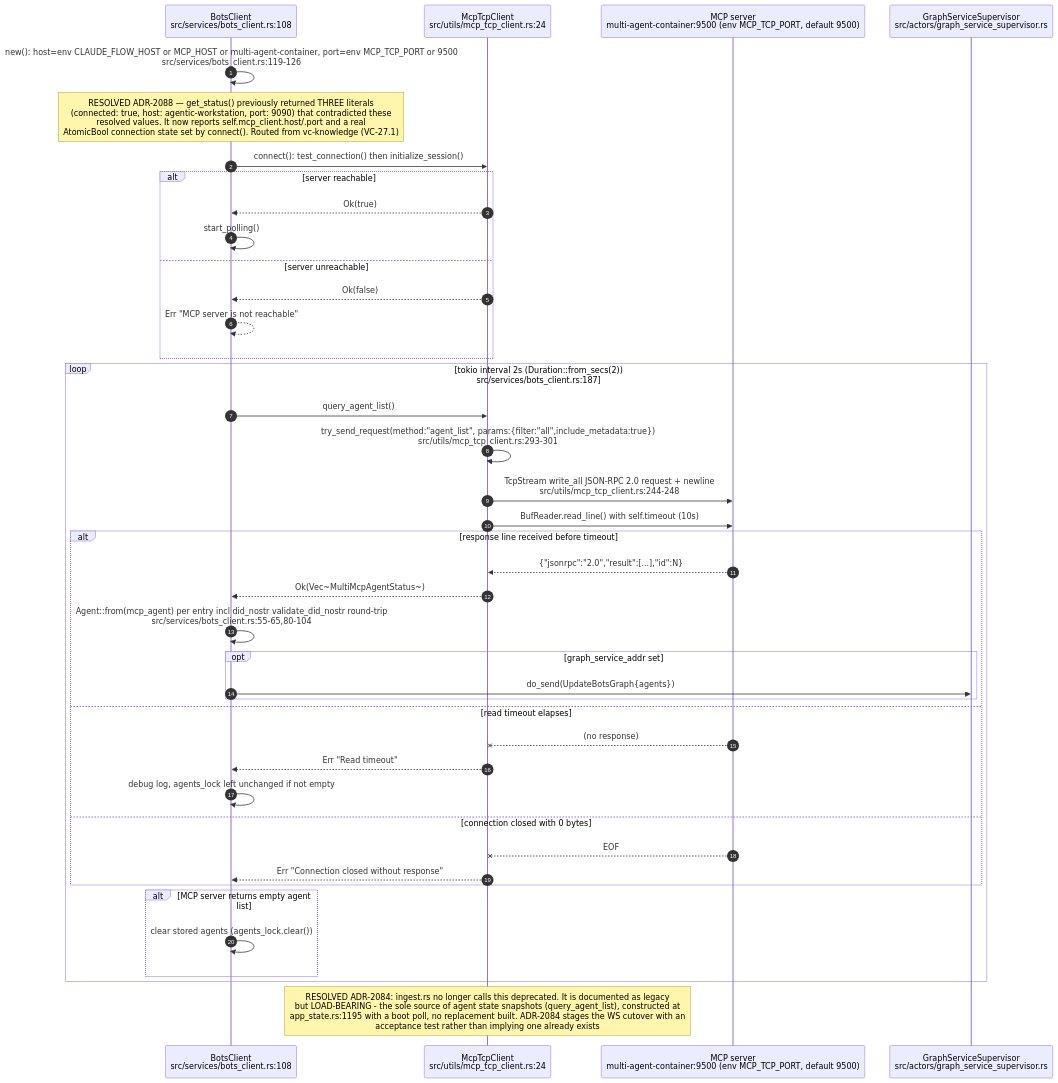
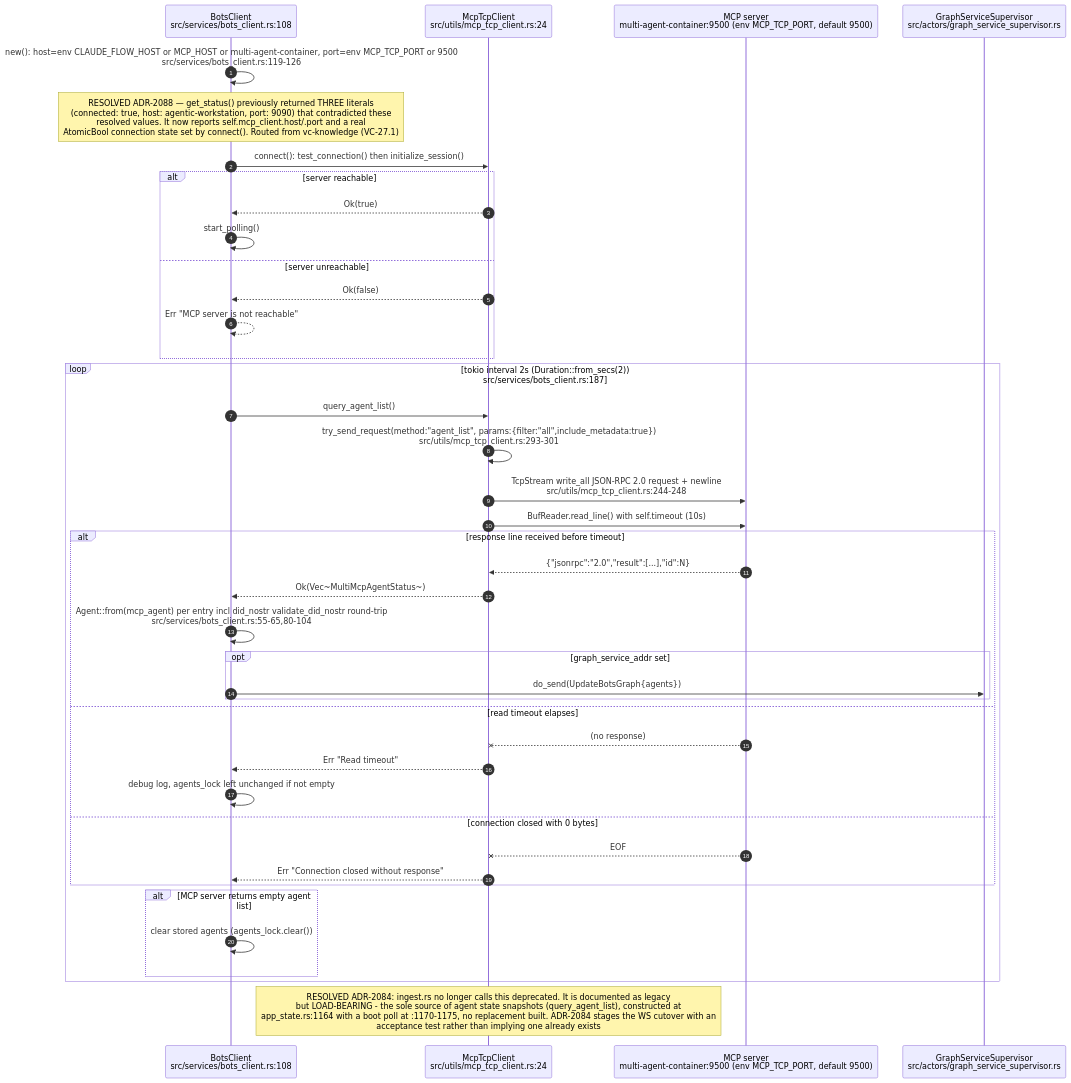
The eighth of 12 diagrams in docs/diagrams/estate/02-agent-events-agentbox-to-visionclaw.md (DreamLab-AI/VisionFlow), drawn with Mermaid before and after one commit. The commit also changed other lines of this file and 160 other files, not shown here.

````diff
--- a/docs/diagrams/estate/02-agent-events-agentbox-to-visionclaw.md
+++ b/docs/diagrams/estate/02-agent-events-agentbox-to-visionclaw.md
@@ -361,44 +369,44 @@
 ```mermaid
 sequenceDiagram
     autonumber
     participant BC as BotsClient<br/>src/services/bots_client.rs:108
     participant TCP as McpTcpClient<br/>src/utils/mcp_tcp_client.rs:24
     participant SRV as MCP server<br/>multi-agent-container:9500 (env MCP_TCP_PORT, default 9500)
     participant GSS as GraphServiceSupervisor<br/>src/actors/graph_service_supervisor.rs
 
     BC->>BC: new(): host=env CLAUDE_FLOW_HOST or MCP_HOST or multi-agent-container, port=env MCP_TCP_PORT or 9500<br/>src/services/bots_client.rs:119-126
     Note over BC: RESOLVED ADR-2088 — get_status() previously returned THREE literals<br/>(connected: true, host: agentic-workstation, port: 9090) that contradicted these<br/>resolved values. It now reports self.mcp_client.host/.port and a real<br/>AtomicBool connection state set by connect(). Routed from vc-knowledge (VC-27.1)
     BC->>TCP: connect(): test_connection() then initialize_session()
     alt server reachable
         TCP-->>BC: Ok(true)
         BC->>BC: start_polling()
     else server unreachable
         TCP-->>BC: Ok(false)
         BC-->>BC: Err "MCP server is not reachable"
     end
     loop tokio interval 2s (Duration::from_secs(2))<br/>src/services/bots_client.rs:187
         BC->>TCP: query_agent_list()
         TCP->>TCP: try_send_request(method:"agent_list", params:{filter:"all",include_metadata:true})<br/>src/utils/mcp_tcp_client.rs:293-301
         TCP->>SRV: TcpStream write_all JSON-RPC 2.0 request + newline<br/>src/utils/mcp_tcp_client.rs:244-248
         TCP->>SRV: BufReader.read_line() with self.timeout (10s)
         alt response line received before timeout
             SRV-->>TCP: {"jsonrpc":"2.0","result":[...],"id":N}
             TCP-->>BC: Ok(Vec~MultiMcpAgentStatus~)
             BC->>BC: Agent::from(mcp_agent) per entry incl did_nostr validate_did_nostr round-trip<br/>src/services/bots_client.rs:55-65,80-104
             opt graph_service_addr set
                 BC->>GSS: do_send(UpdateBotsGraph{agents})
             end
         else read timeout elapses
             SRV--xTCP: (no response)
             TCP-->>BC: Err "Read timeout"
             BC->>BC: debug log, agents_lock left unchanged if not empty
         else connection closed with 0 bytes
             SRV--xTCP: EOF
             TCP-->>BC: Err "Connection closed without response"
         end
         alt MCP server returns empty agent list
             BC->>BC: clear stored agents (agents_lock.clear())
         end
     end
-    Note over TCP: RESOLVED ADR-2084: ingest.rs no longer calls this deprecated. It is documented as legacy<br/>but LOAD-BEARING - the sole source of agent state snapshots (query_agent_list), constructed at<br/>app_state.rs:1195 with a boot poll, no replacement built. ADR-2084 stages the WS cutover with an<br/>acceptance test rather than implying one already exists
+    Note over TCP: RESOLVED ADR-2084: ingest.rs no longer calls this deprecated. It is documented as legacy<br/>but LOAD-BEARING - the sole source of agent state snapshots (query_agent_list), constructed at<br/>app_state.rs:1164 with a boot poll at :1170-1175, no replacement built. ADR-2084 stages the WS cutover with an<br/>acceptance test rather than implying one already exists
 ```
````
